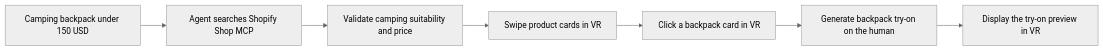
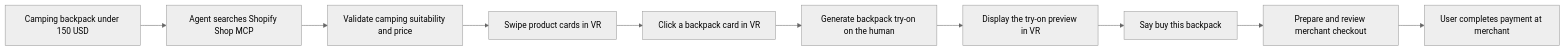
The diagram in README.md (jerelvelarde/fast-forward-spatial-shop), drawn with Mermaid (neutral theme) before and after one commit. The commit also changed other lines of this file and 21 other files, not shown here.

````diff
--- a/README.md
+++ b/README.md
@@ -94,9 +104,12 @@
 ```mermaid
 flowchart LR
     A[Camping backpack under 150 USD] --> B[Agent searches Shopify Shop MCP]
     B --> C[Validate camping suitability and price]
     C --> D[Swipe product cards in VR]
     D --> E[Click a backpack card in VR]
     E --> F[Generate backpack try-on on the human]
     F --> G[Display the try-on preview in VR]
+    G --> H[Say buy this backpack]
+    H --> I[Prepare and review merchant checkout]
+    I --> J[User completes payment at merchant]
 ```
````
